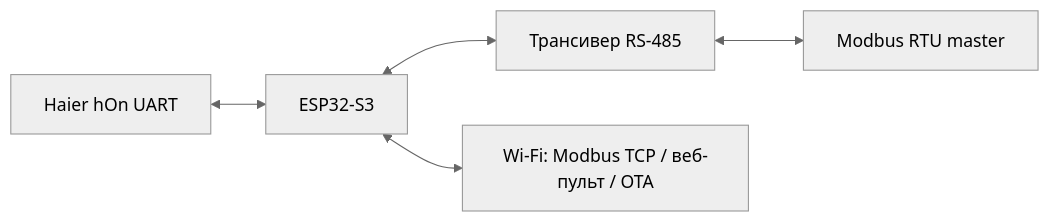
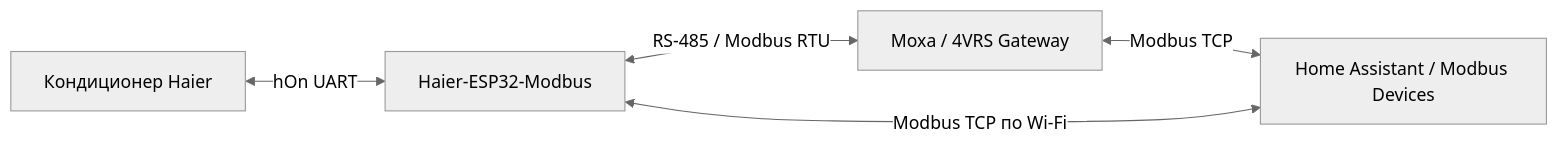
One commit to dk-1983/Haier-ESP32-Modbus changed the diagram in README.md. Above: the diagram before and after it, drawn with Mermaid (neutral theme). The commit also changed other lines of this file and 1 other file, not shown here.

Commit message:
docs: present complete 4VRS Haier automation system

````diff
--- a/README.md
+++ b/README.md
@@ -9,7 +9,7 @@
 ```mermaid
 flowchart LR
-  AC[Haier hOn UART] <--> ESP[ESP32-S3]
-  ESP <--> RS[Трансивер RS-485]
-  RS <--> RTU[Modbus RTU master]
-  ESP <--> WIFI[Wi-Fi: Modbus TCP / веб-пульт / OTA]
+  AC["Кондиционер Haier"] <-->|"hOn UART"| ESP["Haier-ESP32-Modbus"]
+  ESP <-->|"RS-485 / Modbus RTU"| MOXA["Moxa / 4VRS Gateway"]
+  MOXA <-->|"Modbus TCP"| HA["Home Assistant / Modbus Devices"]
+  ESP <-->|"Modbus TCP по Wi-Fi"| HA
 ```
````
